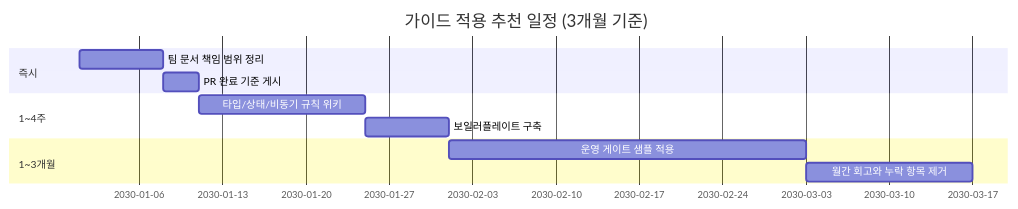
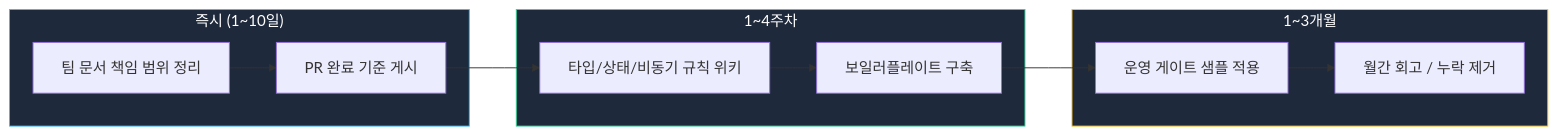
The third of 9 diagrams in public/개발가이드/00_종합_가이드_목차.md (blue45f/heejun), drawn with Mermaid before and after one commit. The commit also changed other lines of this file and 1 other file, not shown here.

Commit message:
style(guide): improve diagram structure with subgraphs and styled LR layouts

````diff
--- a/public/개발가이드/00_종합_가이드_목차.md
+++ b/public/개발가이드/00_종합_가이드_목차.md
@@ -125,14 +125,21 @@
 ```mermaid
-gantt
-  title 가이드 적용 추천 일정 (3개월 기준)
-  dateFormat YYYY-MM-DD
-  section 즉시
-  팀 문서 책임 범위 정리      :a1, 2030-01-01, 7d
-  PR 완료 기준 게시           :a2, after a1, 3d
-  section 1~4주
-  타입/상태/비동기 규칙 위키   :b1, after a2, 14d
-  보일러플레이트 구축          :b2, after b1, 7d
-  section 1~3개월
-  운영 게이트 샘플 적용        :c1, after b2, 30d
-  월간 회고와 누락 항목 제거   :c2, after c1, 14d
+flowchart LR
+  subgraph Phase1 ["즉시 (1~10일)"]
+    A1["팀 문서 책임 범위 정리"] --> A2["PR 완료 기준 게시"]
+  end
+
+  subgraph Phase2 ["1~4주차"]
+    B1["타입/상태/비동기 규칙 위키"] --> B2["보일러플레이트 구축"]
+  end
+
+  subgraph Phase3 ["1~3개월"]
+    C1["운영 게이트 샘플 적용"] --> C2["월간 회고 / 누락 제거"]
+  end
+
+  A2 --> B1
+  B2 --> C1
+
+  style Phase1 fill:#1e293b,stroke:#38bdf8,stroke-width:1px,color:#fff
+  style Phase2 fill:#1e293b,stroke:#34d399,stroke-width:1px,color:#fff
+  style Phase3 fill:#1e293b,stroke:#fbbf24,stroke-width:1px,color:#fff
 ```
````
